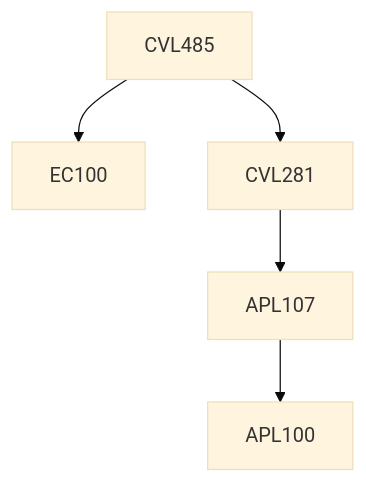
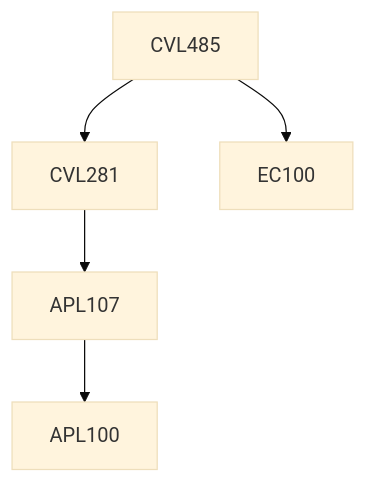
The diagram in content/Civil Engineering/CVL485.md (KeshavBansal0122/CoS_Website), drawn with Mermaid (base theme) before and after one commit. The commit also changed other lines of this file and 2667 other files, not shown here.

````diff
--- a/content/Civil Engineering/CVL485.md
+++ b/content/Civil Engineering/CVL485.md
@@ -15,11 +13,11 @@
 ```mermaid
 flowchart TD
-CVL485-190[CVL485]
-CVL485-190 --> EC100-190[EC100]
-CVL281-190 --> APL107-190[APL107]
-CVL485-190 --> CVL281-190[CVL281]
-APL107-190 --> APL100-190[APL100]
+CVL485-289[CVL485]
+CVL281-289 --> APL107-289[APL107]
+APL107-289 --> APL100-289[APL100]
+CVL485-289 --> EC100-289[EC100]
+CVL485-289 --> CVL281-289[CVL281]
 
 classDef empty height:17px, fill:transparent, stroke:transparent;
 classDef trueEmpty height:0px, width:0px;
 ```
````
